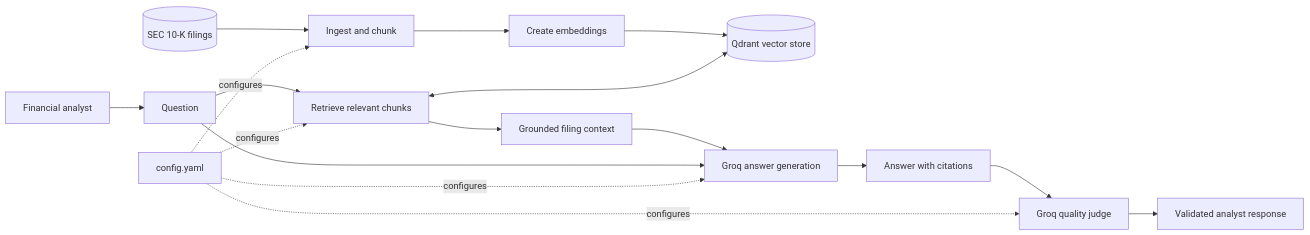
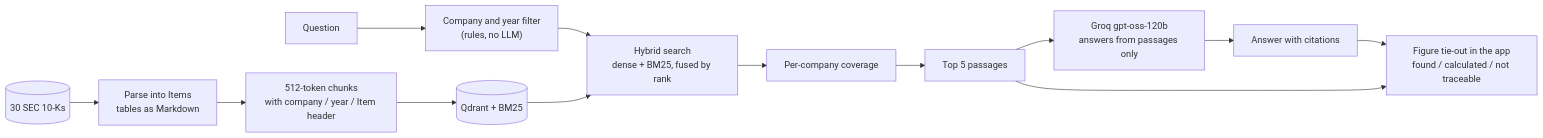
Before and after one commit to Day-Raval/finrag: the diagram in README.md, drawn with Mermaid. The commit also changed other lines of this file and 1 other file, not shown here.

Commit message:
docs: README for a 2-minute read: pitch, results table, try-it, current architecture; app README

````diff
--- a/README.md
+++ b/README.md
@@ -46,20 +52,16 @@
 ```mermaid
 flowchart LR
-    analyst[Financial analyst] --> question[Question]
-    question --> retrieve[Retrieve relevant chunks]
-    filings[(SEC 10-K filings)] --> ingest[Ingest and chunk]
-    ingest --> embed[Create embeddings]
-    embed --> qdrant[(Qdrant vector store)]
-    retrieve <--> qdrant
-    retrieve --> context[Grounded filing context]
-    context --> generate[Groq answer generation]
-    question --> generate
-    generate --> answer[Answer with citations]
-    answer --> judge[Groq quality judge]
-    judge --> response[Validated analyst response]
+    q[Question] --> filter["Company and year filter<br/>(rules, no LLM)"]
+    filter --> search["Hybrid search<br/>dense + BM25, fused by rank"]
+    search --> cover[Per-company coverage]
+    cover --> top5[Top 5 passages]
+    top5 --> llm["Groq gpt-oss-120b<br/>answers from passages only"]
+    llm --> answer[Answer with citations]
+    answer --> tie["Figure tie-out in the app<br/>found / calculated / not traceable"]
+    top5 --> tie
 
-    config[config.yaml] -. configures .-> ingest
-    config -. configures .-> retrieve
-    config -. configures .-> generate
-    config -. configures .-> judge
+    filings[(30 SEC 10-Ks)] --> parse[Parse into Items<br/>tables as Markdown]
+    parse --> chunk["512-token chunks<br/>with company / year / Item header"]
+    chunk --> index[(Qdrant + BM25)]
+    index --> search
 ```
````
